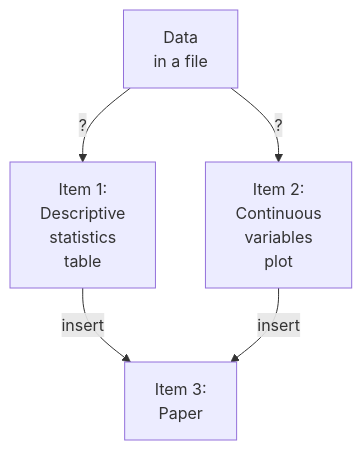
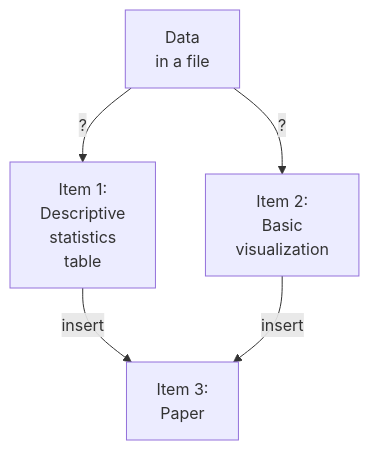
Before and after one commit to rostools/r-cubed-advanced: the first of 3 diagrams in sessions/pipelines-setup.qmd, drawn with Mermaid. The commit also changed other lines of this file and 4 other files, not shown here.

````diff
--- a/sessions/pipelines-setup.qmd
+++ b/sessions/pipelines-setup.qmd
@@ -147,13 +143,13 @@
 ```{mermaid}
 %%| label: fig-pipeline-schematic
 %%| fig-cap: The flow of data into specific "targets" (items or products) as the
 %%|   initial steps in a data analysis pipeline. The "?" are actions (functions)
 %%|   that need to happen but that we haven't yet defined.
 %%| echo: false
 
 graph TB
     data[Data<br>in a file] -->|?| tab_desc[Item 1:<br>Descriptive<br>statistics<br>table]
     tab_desc -->|insert| paper[Item 3:<br>Paper]
-    data -->|?| plot_distrib[Item 2:<br>Continuous<br>variables<br>plot]
+    data -->|?| plot_distrib[Item 2:<br>Basic<br>visualization]
     plot_distrib -->|insert| paper
 ```
````
